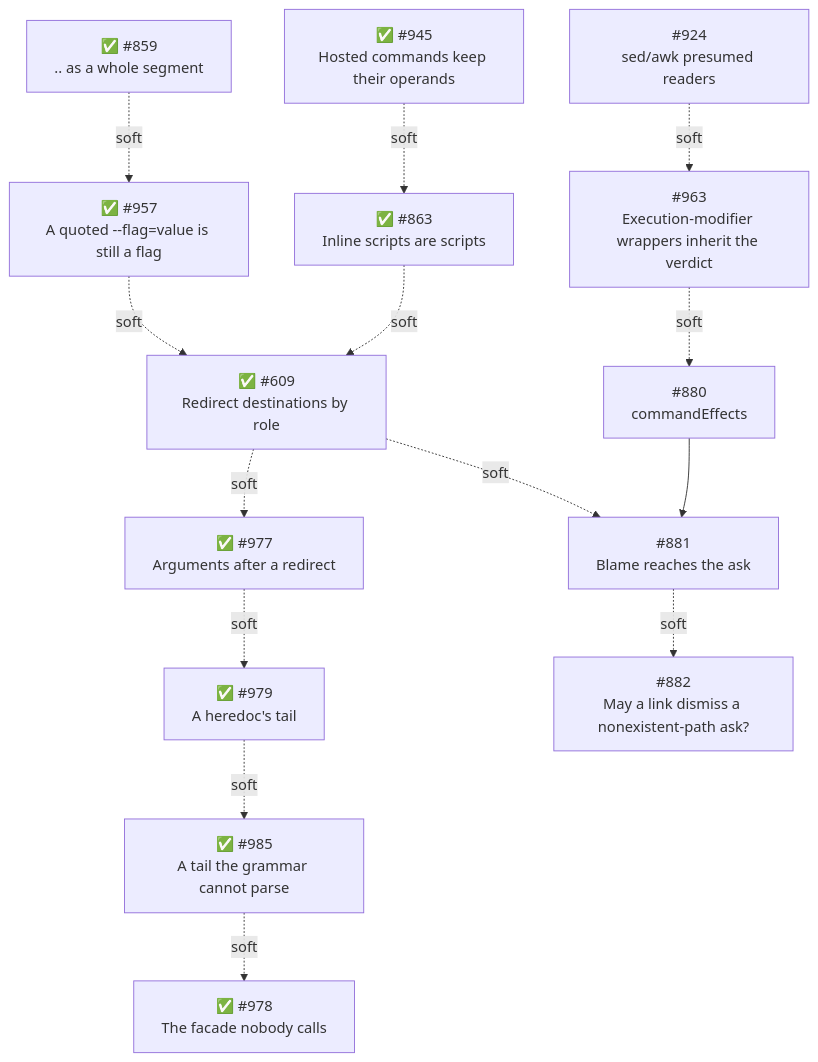
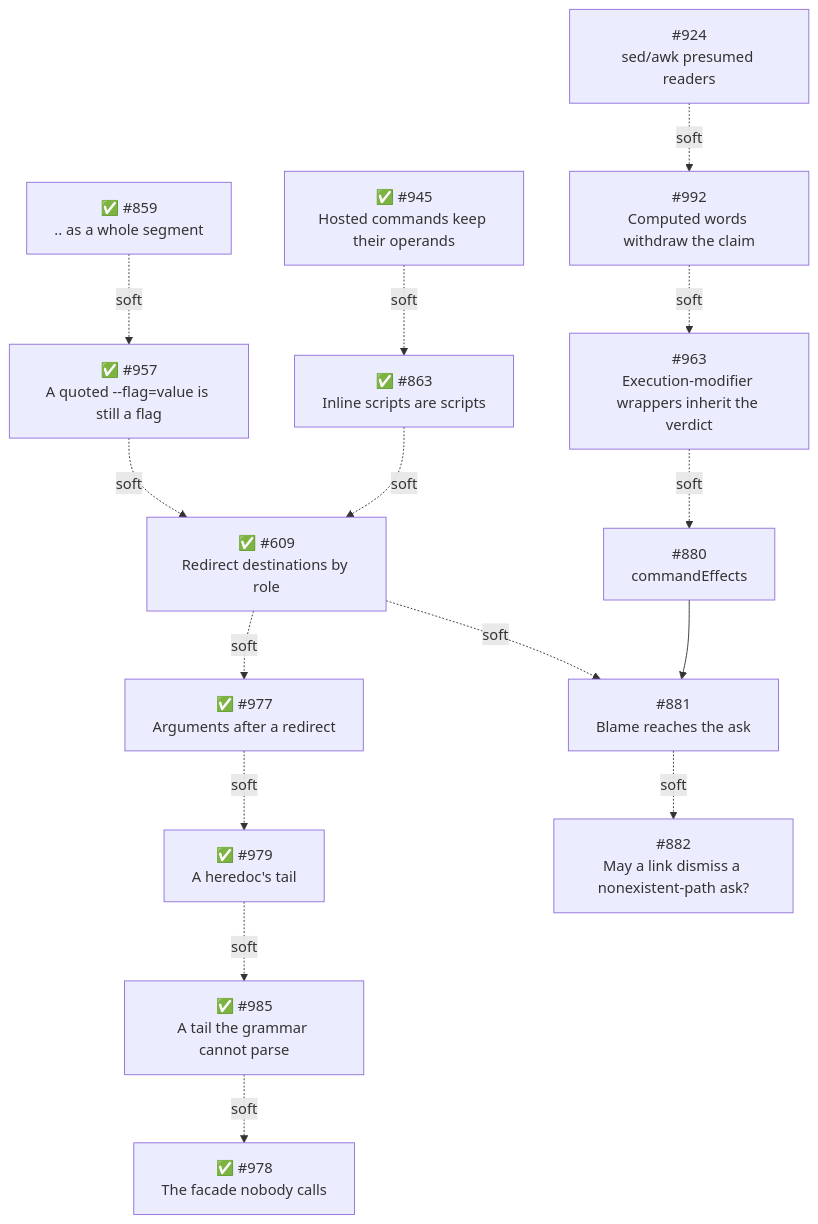
Before and after one commit to 44madfire/pi-packages: the fourth of 4 diagrams in packages/pi-permission-system/docs/architecture/architecture.md, drawn with Mermaid. The commit also changed other lines of this file, not shown here.

````diff
--- a/packages/pi-permission-system/docs/architecture/architecture.md
+++ b/packages/pi-permission-system/docs/architecture/architecture.md
@@ -1605,16 +1620,17 @@
 ```mermaid
 flowchart TD
     S945["✅ #945<br/>Hosted commands keep their operands"] -.soft.-> S863["✅ #863<br/>Inline scripts are scripts"]
     S863 -.soft.-> S609["✅ #609<br/>Redirect destinations by role"]
     S859["✅ #859<br/>.. as a whole segment"] -.soft.-> S957["✅ #957<br/>A quoted --flag=value is still a flag"]
     S957 -.soft.-> S609
-    S924["#924<br/>sed/awk presumed readers"] -.soft.-> S963["#963<br/>Execution-modifier wrappers inherit the verdict"]
+    S924["#924<br/>sed/awk presumed readers"] -.soft.-> S992["#992<br/>Computed words withdraw the claim"]
+    S992 -.soft.-> S963["#963<br/>Execution-modifier wrappers inherit the verdict"]
     S963 -.soft.-> S880["#880<br/>commandEffects"]
     S880 --> S881["#881<br/>Blame reaches the ask"]
     S609 -.soft.-> S881
     S609 -.soft.-> S977["✅ #977<br/>Arguments after a redirect"]
     S977 -.soft.-> S979["✅ #979<br/>A heredoc's tail"]
     S979 -.soft.-> S985["✅ #985<br/>A tail the grammar cannot parse"]
     S985 -.soft.-> S978["✅ #978<br/>The facade nobody calls"]
     S881 -.soft.-> S882["#882<br/>May a link dismiss a nonexistent-path ask?"]
 ```
````
